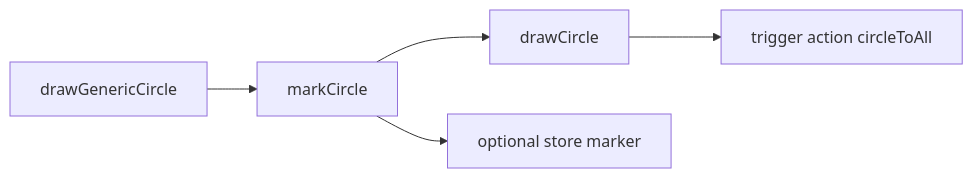
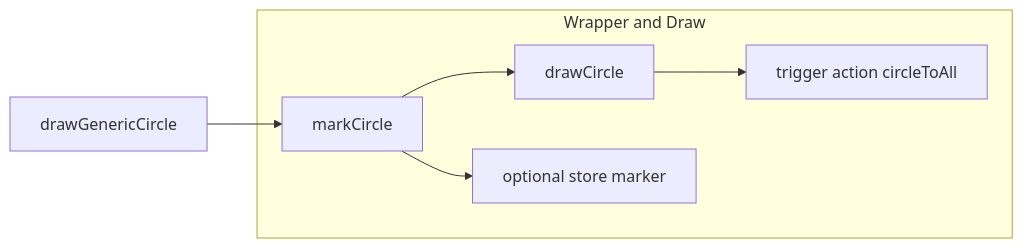
Before and after one commit to Gh0st352/AETHR: the first of 4 diagrams in docs/markers/circles.md, drawn with Mermaid. The commit also changed other lines of this file and 4 other files, not shown here.

First line of the commit message:
docs(markers): reorganize Mermaid diagrams into subgraphs

````diff
--- a/docs/markers/circles.md
+++ b/docs/markers/circles.md
@@ -13,7 +13,14 @@
 ```mermaid
+%% shared theme: docs/_mermaid/theme.json %%
 flowchart LR
-  MC[markCircle] --> DC[drawCircle]
-  DC --> TA[trigger action circleToAll]
-  MC --> ST[optional store marker]
+  subgraph "Wrapper and Draw"
+    MC[markCircle] --> DC[drawCircle]
+    DC --> TA[trigger action circleToAll]
+    MC --> ST[optional store marker]
+  end
   GC[drawGenericCircle] --> MC
+  class MC,ST class_step;
+  class DC class_compute;
+  class TA class_io;
+  class GC class_compute;
 ```
````
